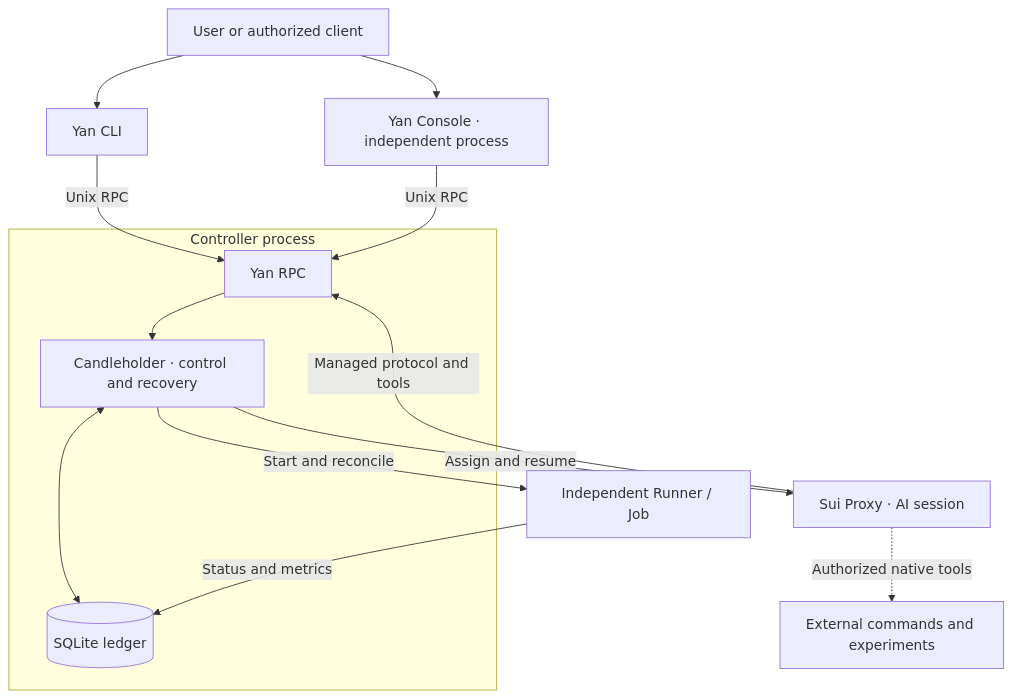
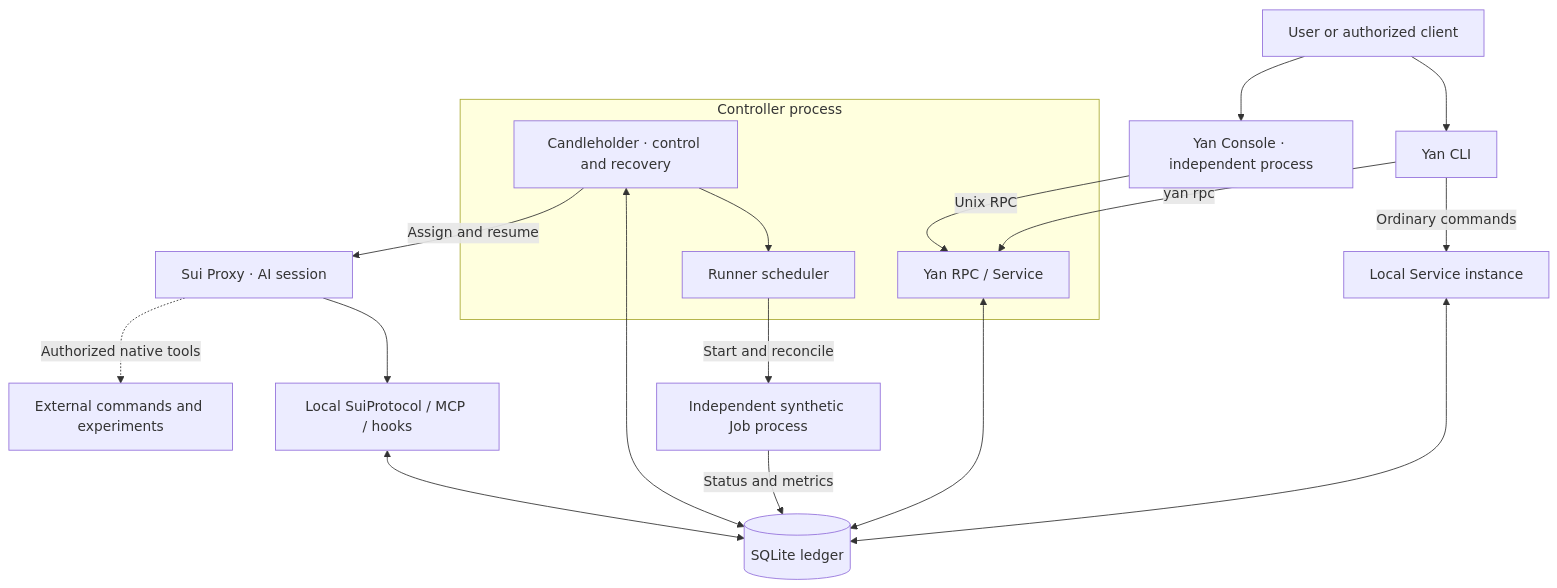
One commit to RabbitEG/sui_regulator changed the diagram in README.md. Above: the diagram before and after it, drawn with Mermaid. The commit also changed other lines of this file and 2 other files, not shown here.

Commit message:
Correct architecture paths and ignore local private files

````diff
--- a/README.md
+++ b/README.md
@@ -33,16 +33,22 @@
 ```mermaid
 flowchart TD
     User[User or authorized client] --> CLI[Yan CLI]
     User --> Web[Yan Console · independent process]
-    CLI -->|Unix RPC| API
+    CLI -->|Ordinary commands| Local[Local Service instance]
+    CLI -->|yan rpc| API
     Web -->|Unix RPC| API
     subgraph Control[Controller process]
-        API[Yan RPC] --> C[Candleholder · control and recovery]
-        C <--> DB[(SQLite ledger)]
+        API[Yan RPC / Service]
+        C[Candleholder · control and recovery]
+        C --> Runner[Runner scheduler]
     end
+    Local <--> DB[(SQLite ledger)]
+    API <--> DB
+    C <--> DB
     C -->|Assign and resume| Proxy[Sui Proxy · AI session]
-    Proxy -->|Managed protocol and tools| API
-    C -->|Start and reconcile| Job[Independent Runner / Job]
+    Proxy --> Protocol[Local SuiProtocol / MCP / hooks]
+    Protocol <--> DB
+    Runner -->|Start and reconcile| Job[Independent synthetic Job process]
     Job -->|Status and metrics| DB
     Proxy -.->|Authorized native tools| External[External commands and experiments]
 ```
````
